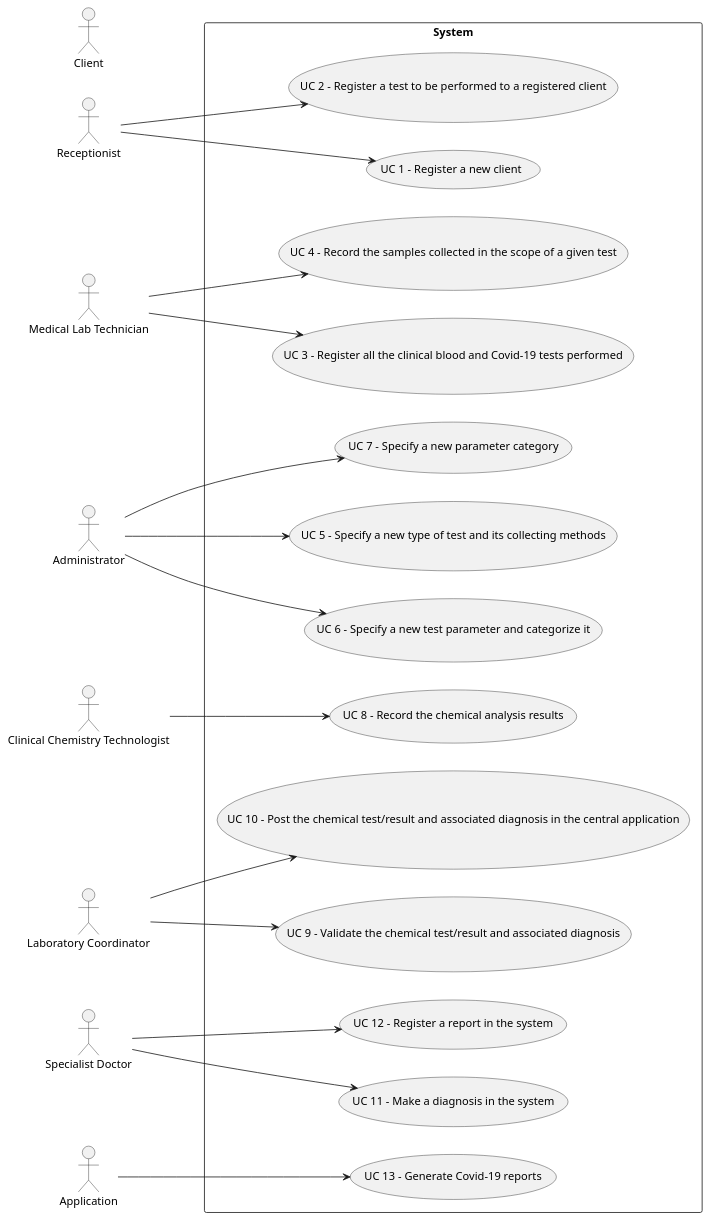
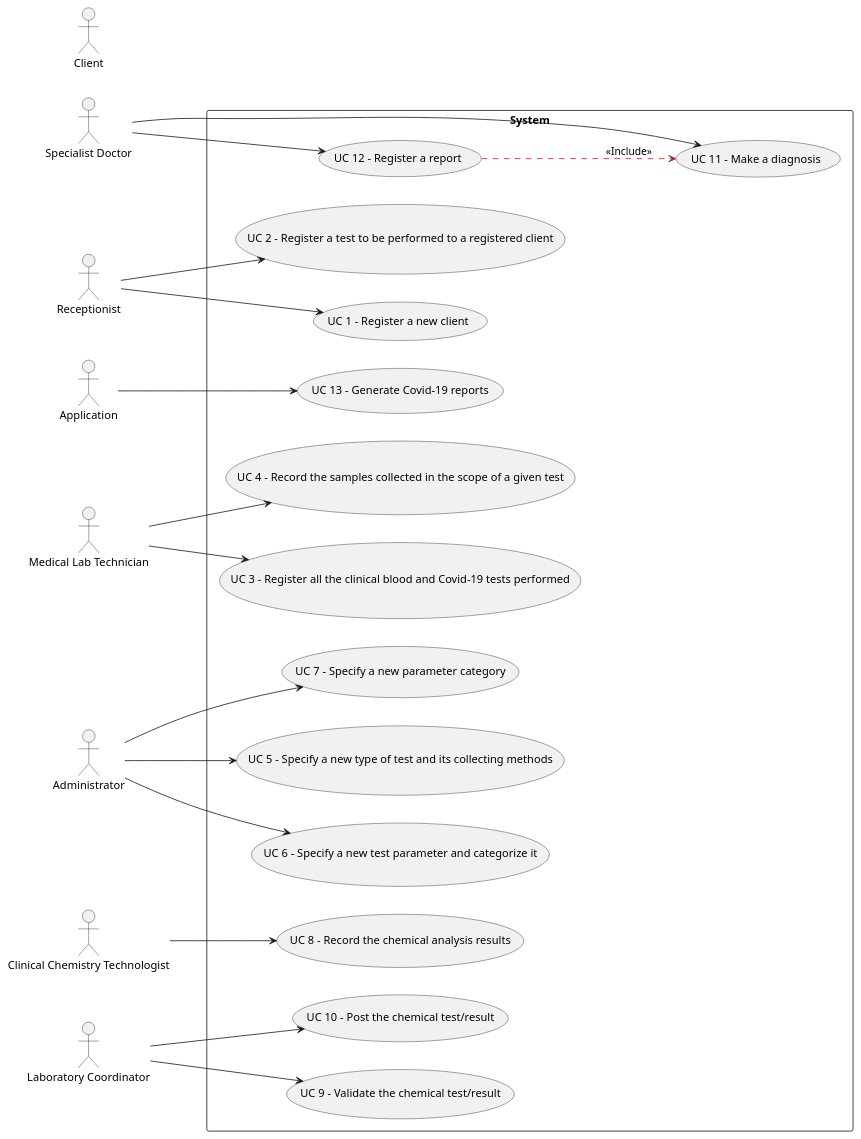
One commit to ana-albergaria/LAPR2-ISEP changed the diagram in docs/SprintA/Use Case Diagram.puml. Above: the diagram before and after it, drawn with PlantUML.

Commit message:
Continuation of the Use Case Diagram

```diff
--- a/docs/SprintA/Use Case Diagram.puml
+++ b/docs/SprintA/Use Case Diagram.puml
@@ -1,33 +1,34 @@
 @startuml
 
 left to right direction
 skinparam packageStyle rectangle
 actor Receptionist
 actor "Medical Lab Technician" as MLT
 actor Administrator
 actor "Clinical Chemistry Technologist" as CCT
 actor "Laboratory Coordinator" as LC
 actor "Specialist Doctor" as SD
 actor Client
 actor Application
 
 
 
 rectangle System {
 Receptionist --> (UC 1 - Register a new client)
 Receptionist --> (UC 2 - Register a test to be performed to a registered client)
 MLT --> (UC 3 - Register all the clinical blood and Covid-19 tests performed)
 MLT --> (UC 4 - Record the samples collected in the scope of a given test)
 CCT --> (UC 8 - Record the chemical analysis results)
 Administrator --> (UC 5 - Specify a new type of test and its collecting methods)
 Administrator --> (UC 6 - Specify a new test parameter and categorize it)
 Administrator --> (UC 7 - Specify a new parameter category)
-SD --> (UC 11 - Make a diagnosis in the system)
-SD --> (UC 12 - Register a report in the system)
-LC --> (UC 9 - Validate the chemical test/result and associated diagnosis)
-LC --> (UC 10 - Post the chemical test/result and associated diagnosis in the central application)
+SD --> (UC 11 - Make a diagnosis)
+SD --> (UC 12 - Register a report)
+LC --> (UC 9 - Validate the chemical test/result)
+LC --> (UC 10 - Post the chemical test/result)
 Application --> (UC 13 - Generate Covid-19 reports)
+(UC 12 - Register a report) --> (UC 11 - Make a diagnosis) #brown;line.dashed;text:black : <<Include>>
 }
 
 
 @enduml
```
